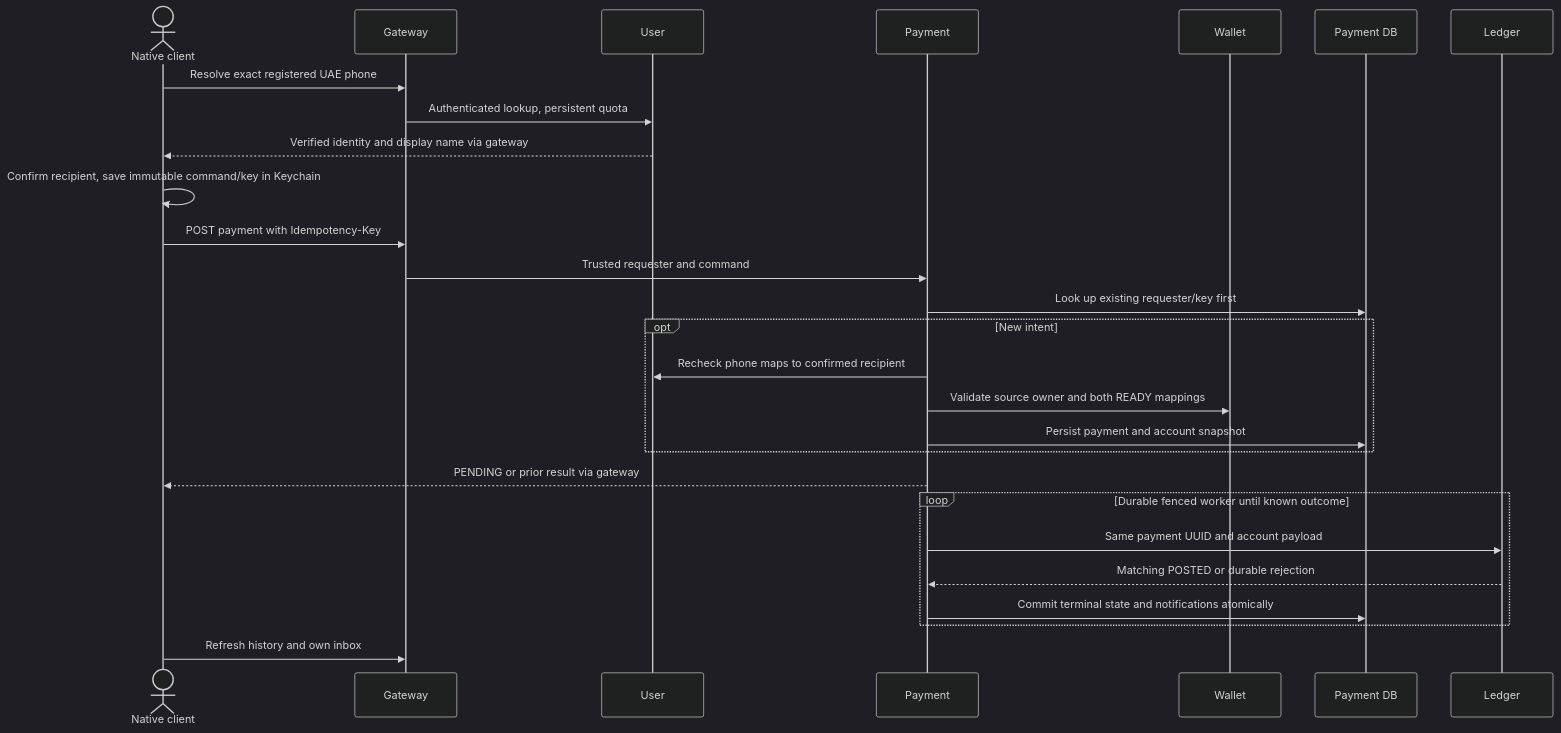
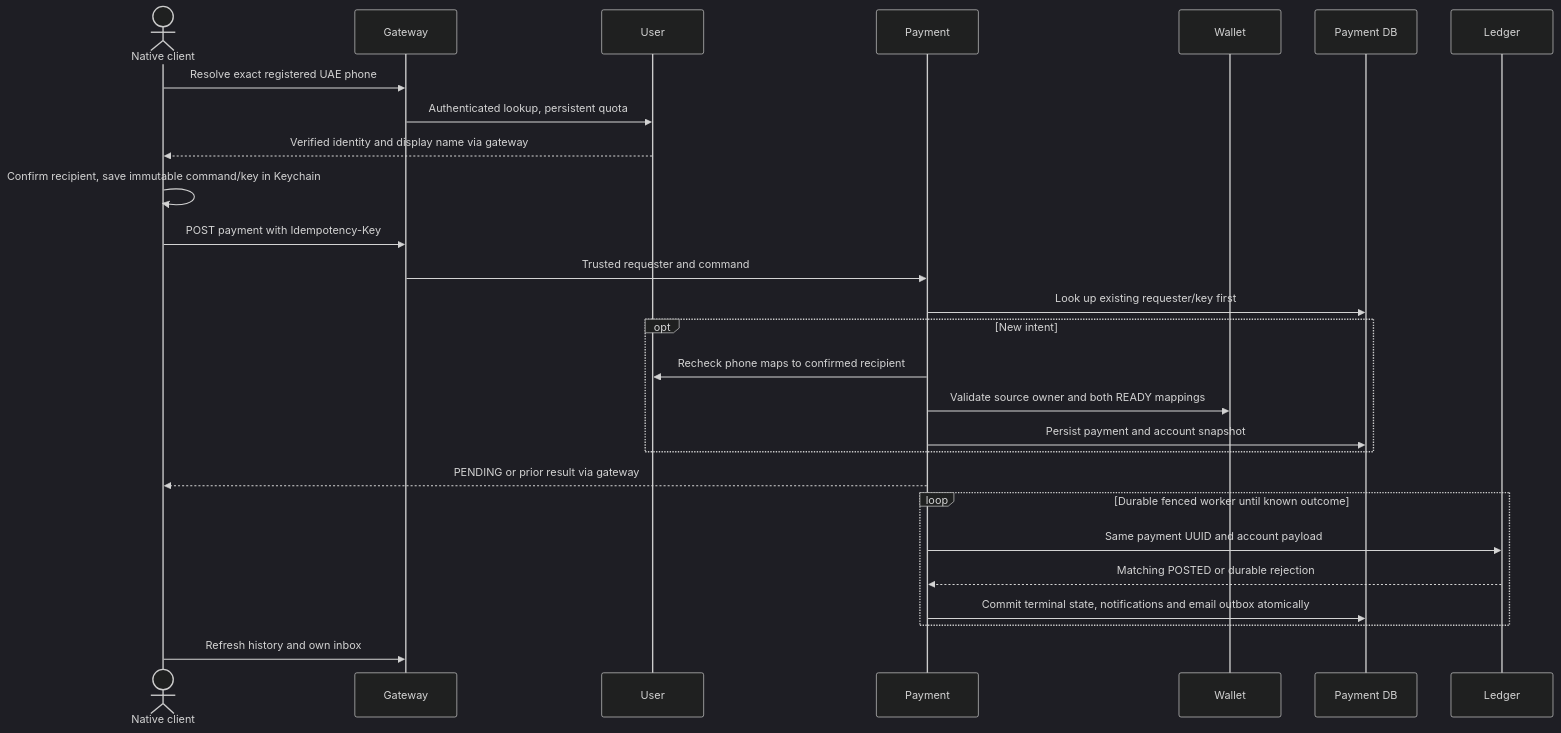
Diagram 13 of 17 in ARCHITECTURE.md (aarbabaev/ArMoney), drawn with Mermaid (dark theme) before and after one commit. The commit also changed other lines of this file and 35 other files, not shown here.

Commit message:
Add transactional Mailtrap email outbox for payment notifications

````diff
--- a/ARCHITECTURE.md
+++ b/ARCHITECTURE.md
@@ -466,29 +468,29 @@
 ```mermaid
 sequenceDiagram
     actor C as Native client
     participant G as Gateway
     participant U as User
     participant P as Payment
     participant W as Wallet
     participant DB as Payment DB
     participant L as Ledger
     C->>G: Resolve exact registered UAE phone
     G->>U: Authenticated lookup, persistent quota
     U-->>C: Verified identity and display name via gateway
     C->>C: Confirm recipient, save immutable command/key in Keychain
     C->>G: POST payment with Idempotency-Key
     G->>P: Trusted requester and command
     P->>DB: Look up existing requester/key first
     opt New intent
         P->>U: Recheck phone maps to confirmed recipient
         P->>W: Validate source owner and both READY mappings
         P->>DB: Persist payment and account snapshot
     end
     P-->>C: PENDING or prior result via gateway
     loop Durable fenced worker until known outcome
         P->>L: Same payment UUID and account payload
         L-->>P: Matching POSTED or durable rejection
-        P->>DB: Commit terminal state and notifications atomically
+        P->>DB: Commit terminal state, notifications and email outbox atomically
     end
     C->>G: Refresh history and own inbox
 ```
````
